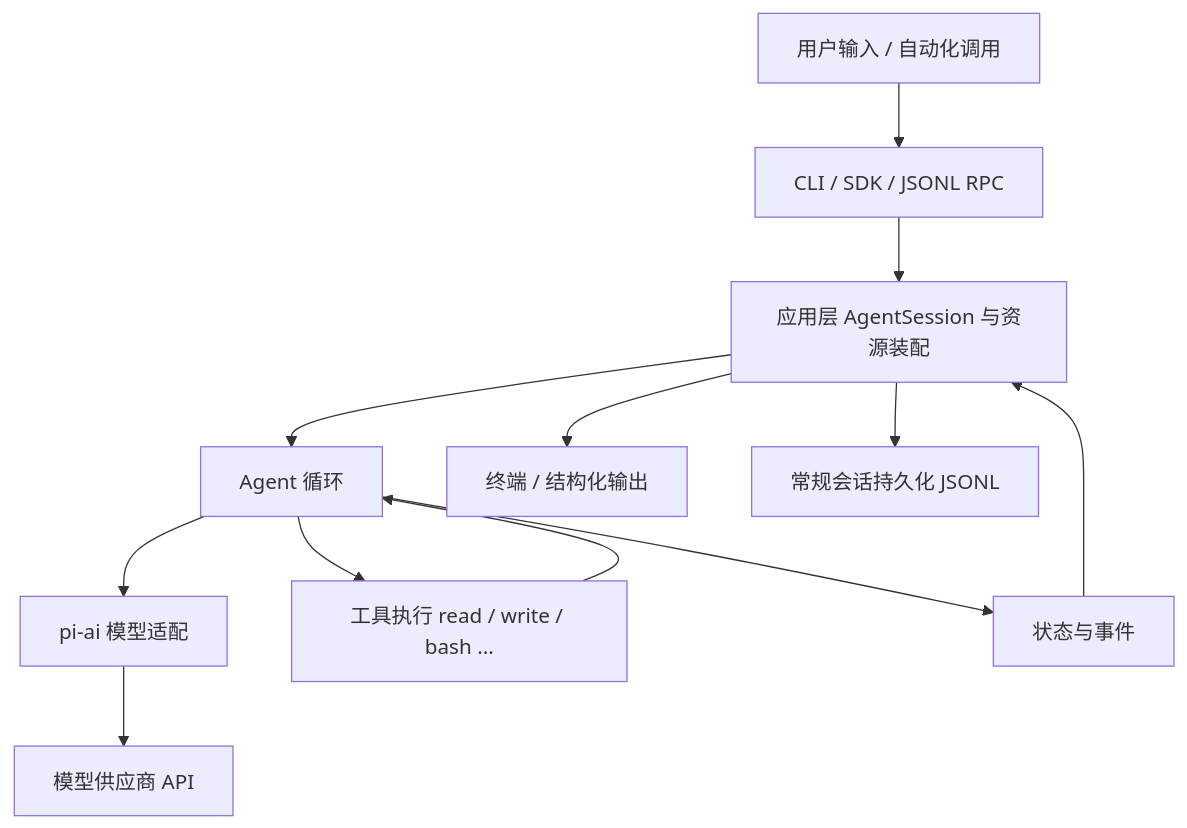
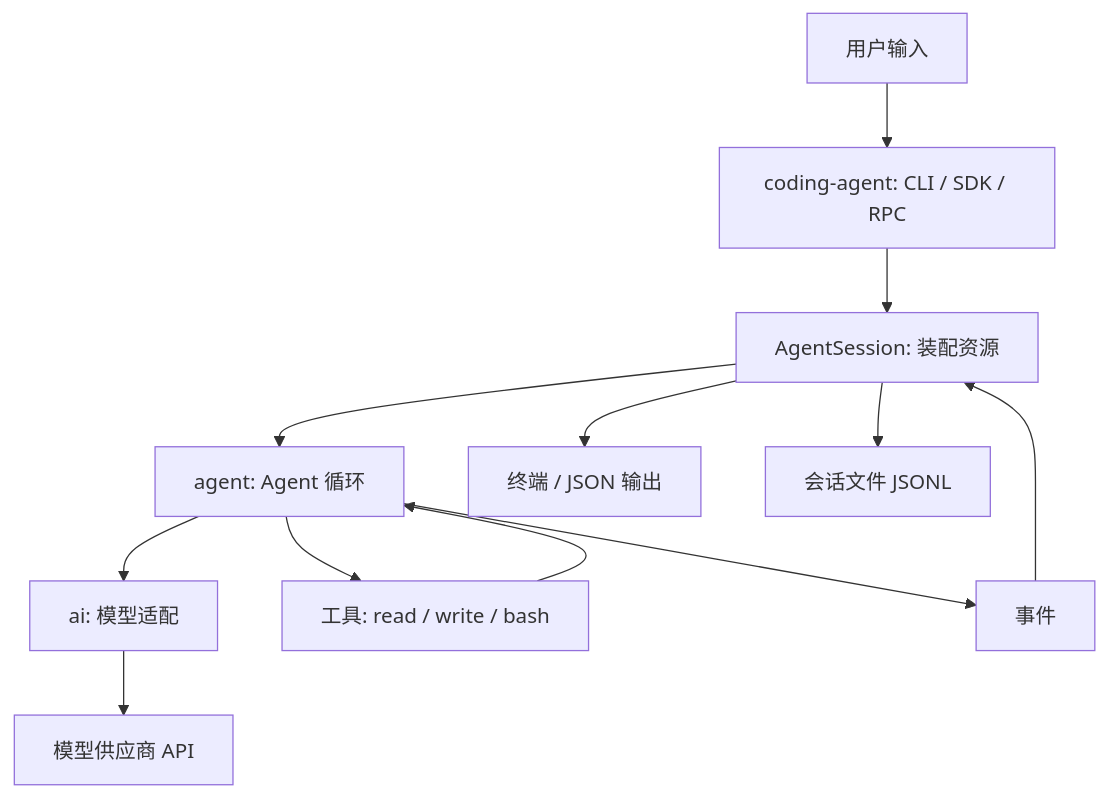
The diagram in docs/learning/zh-CN/task-01-orientation.md (yipen9/pi), drawn with Mermaid before and after one commit. The commit also changed other lines of this file and 19 other files, not shown here.

````diff
--- a/docs/learning/zh-CN/task-01-orientation.md
+++ b/docs/learning/zh-CN/task-01-orientation.md
@@ -130,14 +38,14 @@
 ```mermaid
 flowchart TD
-  U[用户输入 / 自动化调用] --> A[CLI / SDK / JSONL RPC]
-  A --> S[应用层 AgentSession 与资源装配]
-  S --> G[Agent 循环]
-  G --> M[pi-ai 模型适配]
+  U[用户输入] --> A[coding-agent: CLI / SDK / RPC]
+  A --> S[AgentSession: 装配资源]
+  S --> G[agent: Agent 循环]
+  G --> M[ai: 模型适配]
   M --> P[模型供应商 API]
-  G --> T[工具执行 read / write / bash ...]
+  G --> T[工具: read / write / bash]
   T --> G
-  G --> E[状态与事件]
+  G --> E[事件]
   E --> S
-  S --> V[终端 / 结构化输出]
-  S --> F[常规会话持久化 JSONL]
+  S --> V[终端 / JSON 输出]
+  S --> F[会话文件 JSONL]
 ```
````
